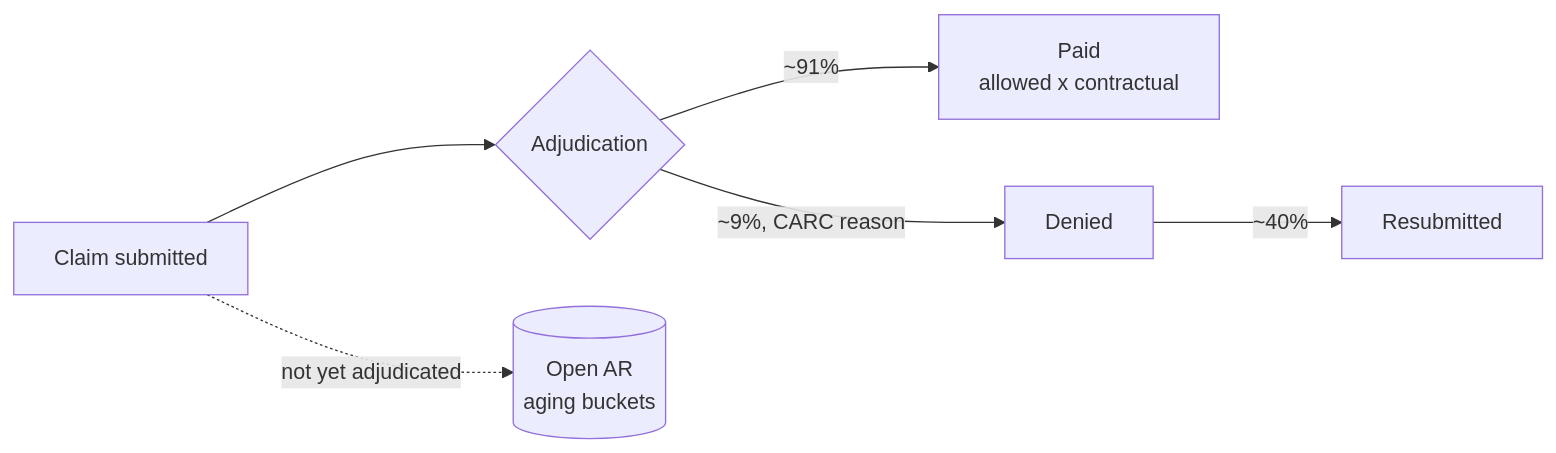
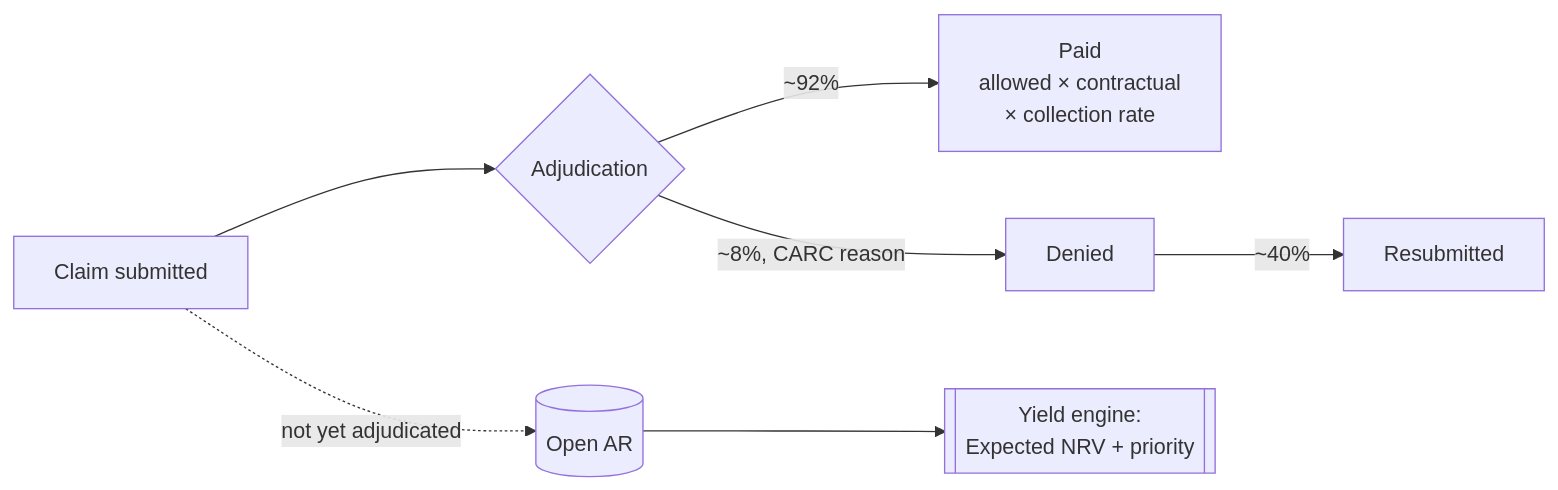
The diagram in README.md (KushPatel29/healthcare-claims-analytics), drawn with Mermaid before and after one commit. The commit also changed other lines of this file and 28 other files, not shown here.

````diff
--- a/README.md
+++ b/README.md
@@ -59,8 +138,9 @@
 ```mermaid
 flowchart LR
     SUB[Claim submitted] --> ADJ{Adjudication}
-    ADJ -->|"~91%"| PAID[Paid<br/>allowed x contractual]
-    ADJ -->|"~9%, CARC reason"| DEN[Denied]
+    ADJ -->|"~92%"| PAID[Paid<br/>allowed × contractual<br/>× collection rate]
+    ADJ -->|"~8%, CARC reason"| DEN[Denied]
     DEN -->|"~40%"| RESUB[Resubmitted]
-    SUB -.->|not yet adjudicated| AR[(Open AR<br/>aging buckets)]
+    SUB -.->|not yet adjudicated| AR[(Open AR)]
+    AR --> NRV[[Yield engine:<br/>Expected NRV + priority]]
 ```
````
